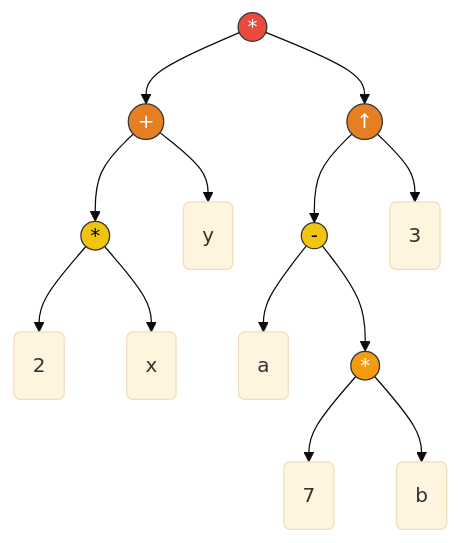
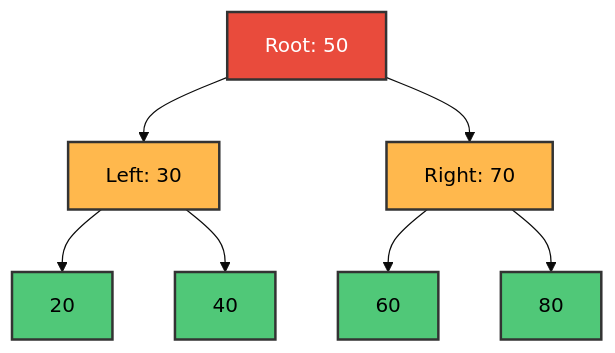
Before and after one commit to M-F-Tushar/CSE-2101-Data-Structure: the seventh of 14 diagrams in Chapter 1 - Introduction and Overview/README.md, drawn with Mermaid (base theme). The commit also changed other lines of this file, not shown here.

````diff
--- a/Chapter 1 - Introduction and Overview/README.md
+++ b/Chapter 1 - Introduction and Overview/README.md
@@ -570,38 +496,19 @@
 ```mermaid
 graph TD
-    Root(( * ))
+    ROOT["Root: 50"] --> L1["Left: 30"]
+    ROOT --> R1["Right: 70"]
     
-    Plus(( + ))
-    Pow(( ↑ ))
+    L1 --> L2["20"]
+    L1 --> L3["40"]
     
-    Root --> Plus
-    Root --> Pow
+    R1 --> R2["60"]
+    R1 --> R3["80"]
     
-    Mul1(( * ))
-    Y( y )
-    Plus --> Mul1
-    Plus --> Y
-    
-    Mul1 --> 2( 2 )
-    Mul1 --> X( x )
-    
-    Minus(( - ))
-    3( 3 )
-    Pow --> Minus
-    Pow --> 3
-    
-    A( a )
-    Mul2(( * ))
-    Minus --> A
-    Minus --> Mul2
-    
-    Mul2 --> 7( 7 )
-    Mul2 --> B( b )
-
-    style Root fill:#e74c3c,stroke:#333,color:#fff
-    style Plus fill:#e67e22,stroke:#333,color:#fff
-    style Pow fill:#e67e22,stroke:#333,color:#fff
-    style Mul1 fill:#f1c40f,stroke:#333,color:#000
-    style Minus fill:#f1c40f,stroke:#333,color:#000
-    style Mul2 fill:#f39c12,stroke:#333,color:#fff
+    style ROOT fill:#E94B3C,stroke:#333,stroke-width:2px,color:#fff
+    style L1 fill:#FFB84D,stroke:#333,stroke-width:2px,color:#000
+    style R1 fill:#FFB84D,stroke:#333,stroke-width:2px,color:#000
+    style L2 fill:#50C878,stroke:#333,stroke-width:2px,color:#000
+    style L3 fill:#50C878,stroke:#333,stroke-width:2px,color:#000
+    style R2 fill:#50C878,stroke:#333,stroke-width:2px,color:#000
+    style R3 fill:#50C878,stroke:#333,stroke-width:2px,color:#000
 ```
````
